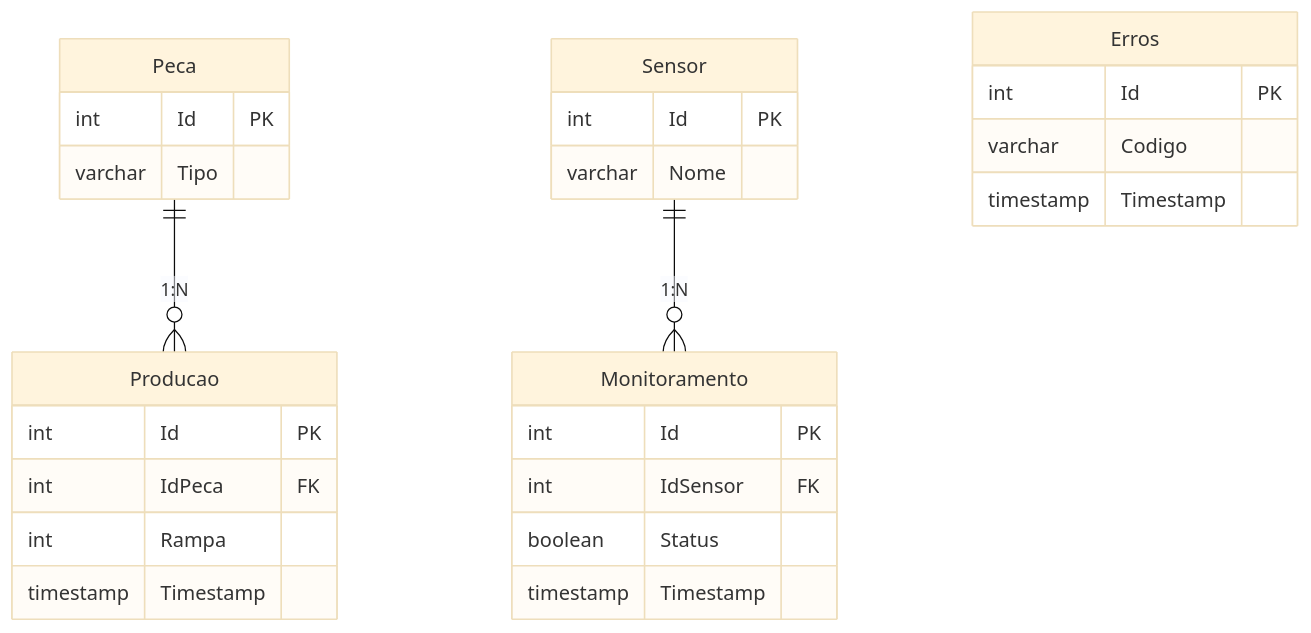
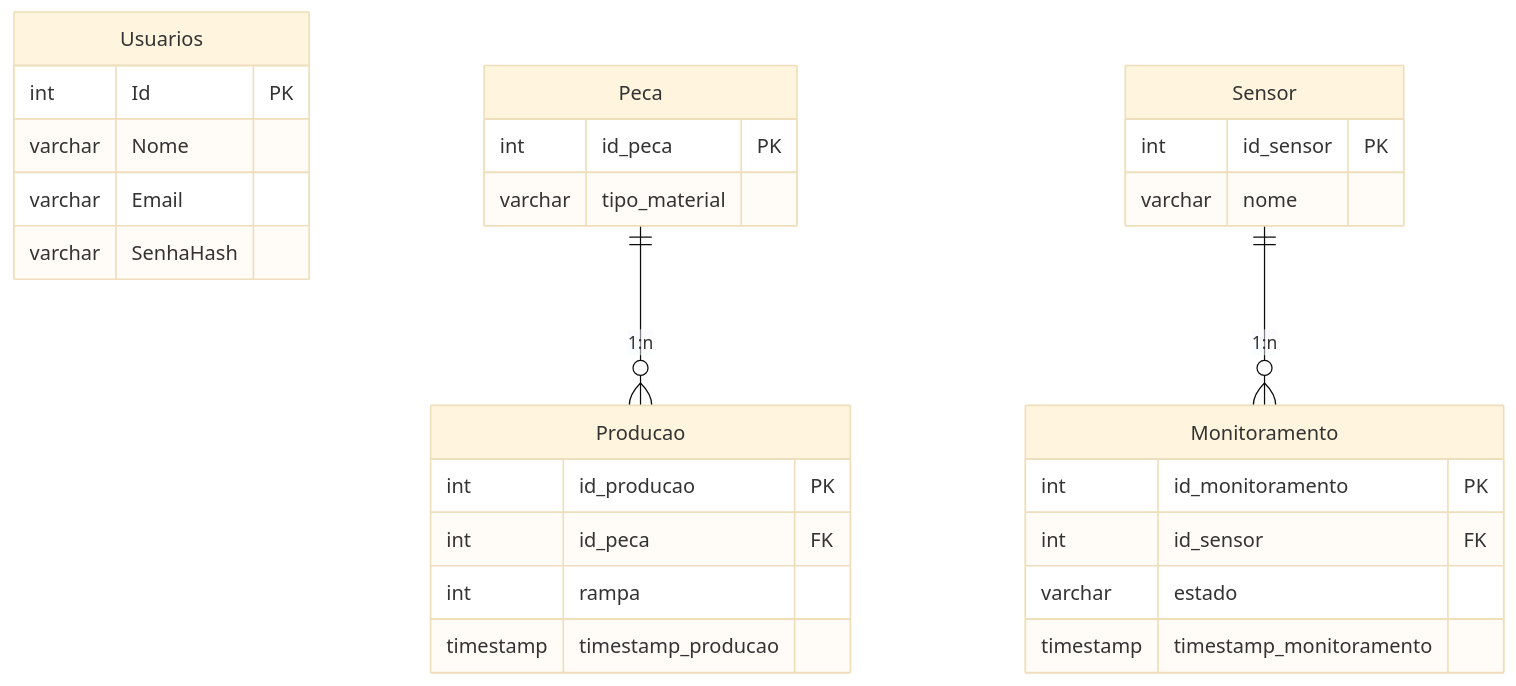
One commit to DevelopmentIOT3SEM/DevelopmentIOT changed the diagram in DiagramaER/diagram.md. Above: the diagram before and after it, drawn with Mermaid (base theme).

Commit message:
docs: update diagram

````diff
--- a/DiagramaER/diagram.md
+++ b/DiagramaER/diagram.md
@@ -1,39 +1,37 @@
 ```mermaid
 erDiagram
+    Usuarios {
+        int Id PK
+        varchar Nome
+        varchar Email
+        varchar SenhaHash
+    }
 
     Peca {
-      int Id PK
-      varchar Tipo
+        int id_peca PK
+        varchar tipo_material
     }
 
     Sensor {
-      int Id PK
-      varchar Nome
-    }
-
-    Erros {
-      int Id PK
-      varchar Codigo
-      timestamp Timestamp
+        int id_sensor PK
+        varchar nome
     }
 
     Monitoramento {
-      int Id PK
-      int IdSensor FK
-      boolean Status
-      timestamp Timestamp
+        int id_monitoramento PK
+        int id_sensor FK
+        varchar estado
+        timestamp timestamp_monitoramento
     }
 
     Producao {
-      int Id PK
-      int IdPeca FK
-      int Rampa
-      timestamp Timestamp
+        int id_producao PK
+        int id_peca FK
+        int rampa
+        timestamp timestamp_producao
     }
 
-    Peca ||--o{ Producao : "1:N"
-    Sensor ||--o{ Monitoramento : "1:N"
-    
-
+    Sensor ||--o{ Monitoramento : "1:n"
+    Peca ||--o{ Producao : "1:n"
 
 ```
````
